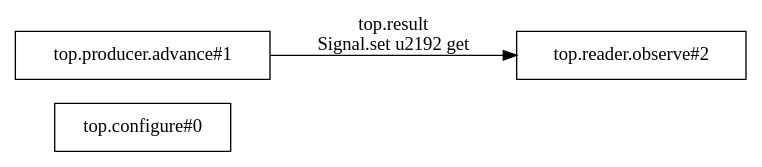
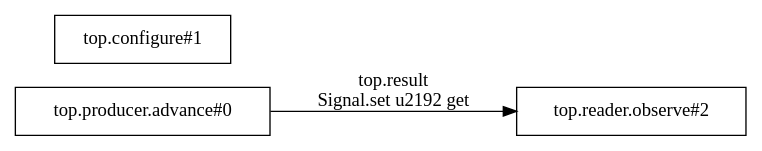
The diagram in pycircuit/builds/signal_link/rule-graph.dot (PTO-ISA/pyCircuit), drawn with Graphviz before and after one commit. The commit also changed 58 other files, not shown here.

```diff
--- a/pycircuit/builds/signal_link/rule-graph.dot
+++ b/pycircuit/builds/signal_link/rule-graph.dot
@@ -1,8 +1,8 @@
 digraph Transactions {
   rankdir=LR;
   node [shape=box];
-  t0 [label="top.configure#0"];
-  t1 [label="top.producer.advance#1"];
+  t0 [label="top.producer.advance#0"];
+  t1 [label="top.configure#1"];
   t2 [label="top.reader.observe#2"];
-  t1 -> t2 [label="top.result\nSignal.set \u2192 get"];
+  t0 -> t2 [label="top.result\nSignal.set \u2192 get"];
 }
```
